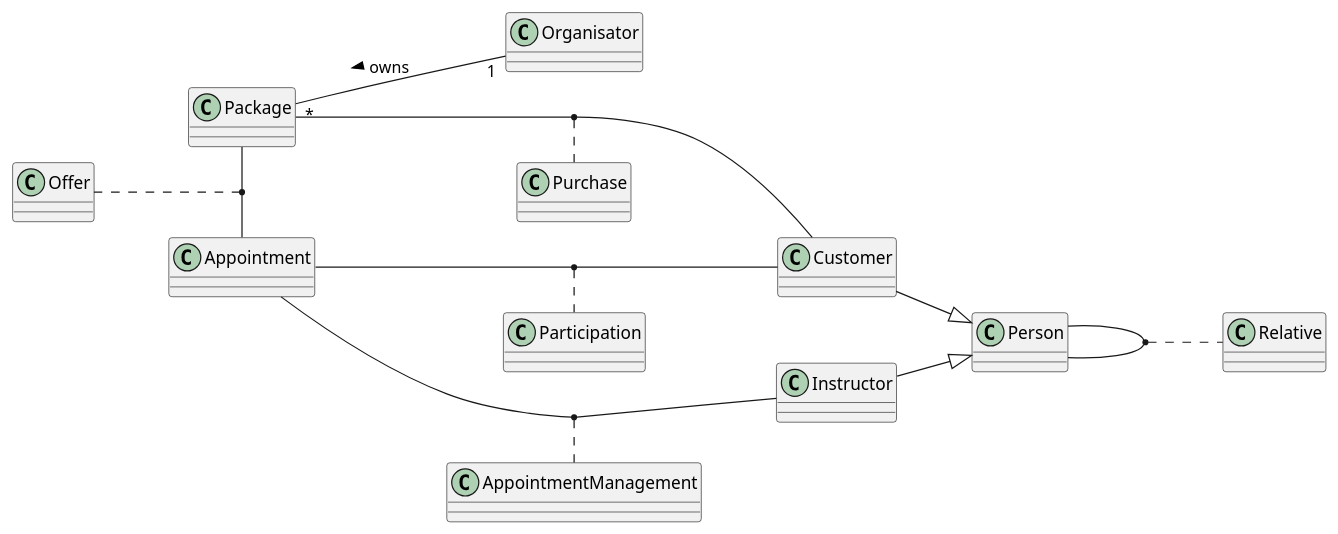
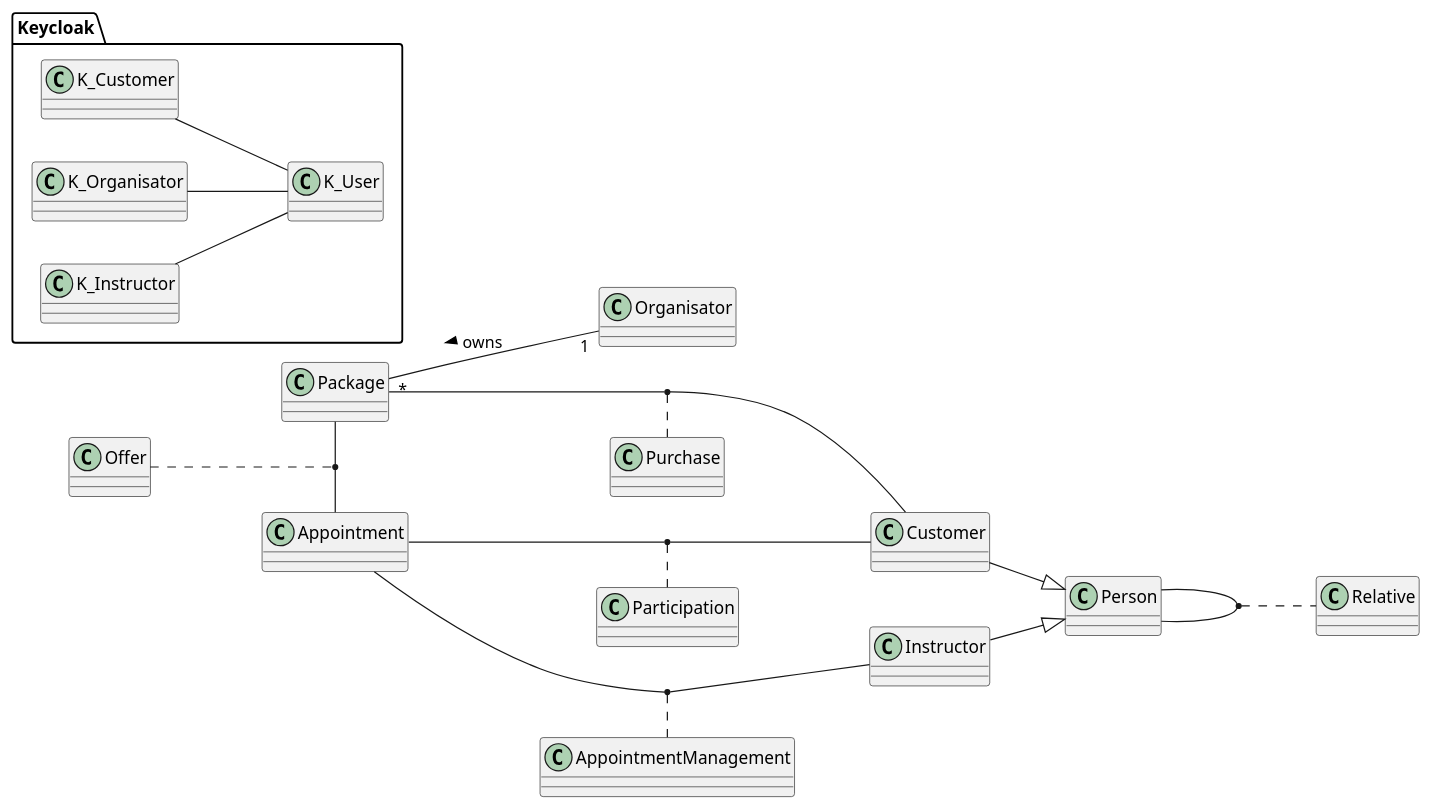
Before and after one commit to 2324-4bhif-syp/2324-4bhif-syp-project-kurstermine: the diagram in asciidocs/docs/plantuml/cldOld.puml, drawn with PlantUML.

Commit message:
fix: add keycloak to old cld

```diff
--- a/asciidocs/docs/plantuml/cldOld.puml
+++ b/asciidocs/docs/plantuml/cldOld.puml
@@ -1,32 +1,50 @@
 @startuml
 left to right direction
 
 class Package {
 }
 
 class Appointment {
 }
 
 class Customer {
 }
 
 class Organisator {
 }
 
 class Instructor {
 }
 
 class Person {
 }
 
+package Keycloak {
+    class K_User {
+    }
+
+    class K_Customer {
+    }
+
+    class K_Organisator {
+    }
+
+    class K_Instructor {
+    }
+}
+
+K_Instructor -- K_User
+K_Customer -- K_User
+K_Organisator -- K_User
+
 Package -left- Appointment
 Package "*"--"1" Organisator: < owns
 Instructor --|> Person
 Customer --|> Person
 Offer .. (Package, Appointment)
 (Appointment, Instructor) .. AppointmentManagement
 (Appointment, Customer) .. Participation
 (Package, Customer) .. Purchase
 (Person, Person) .. Relative
 
 @enduml
```
